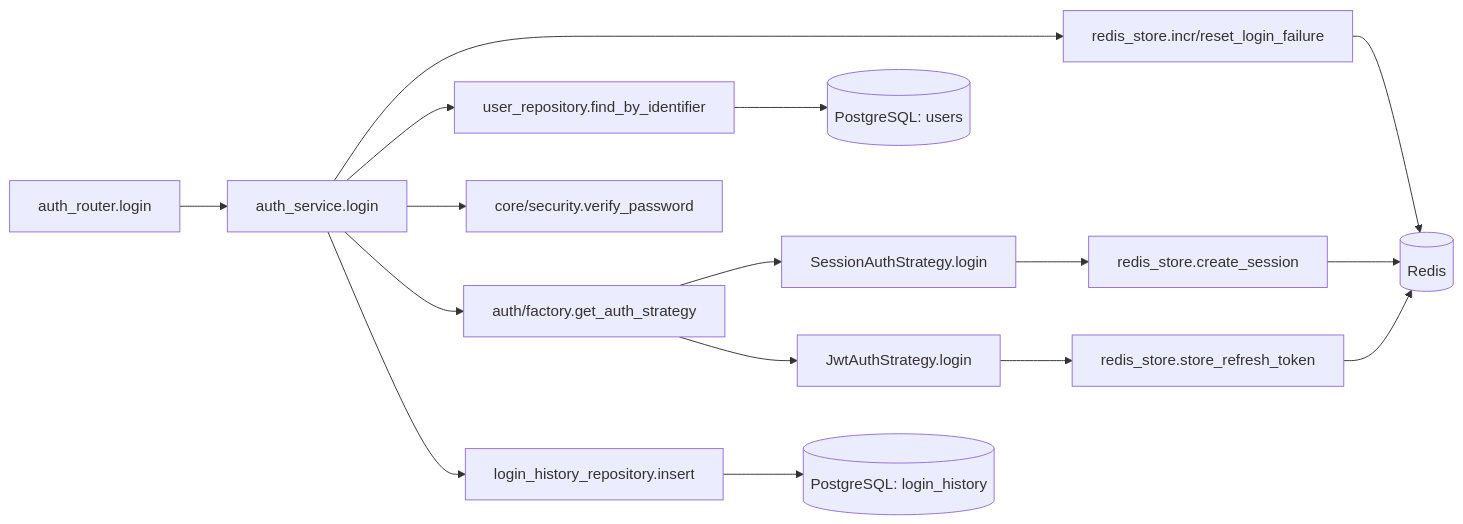
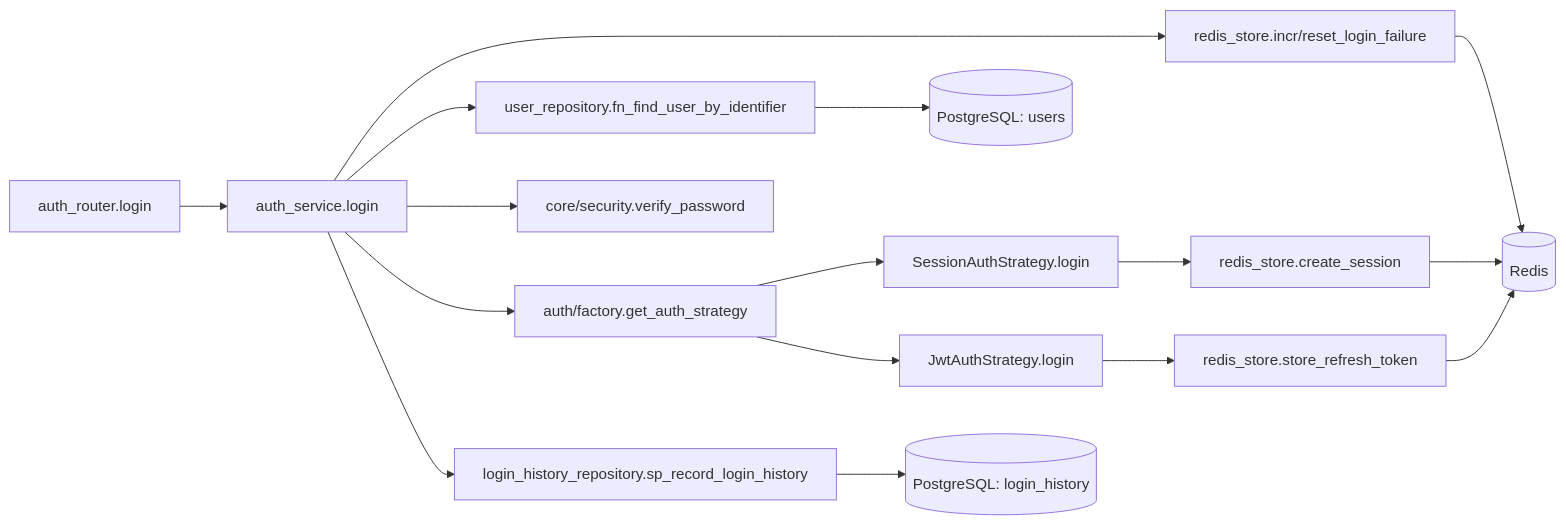
The third of 4 diagrams in detailed_design/api/auth/02_post_auth_login.md (oikawa-d/task_management), drawn with Mermaid before and after one commit. The commit also changed other lines of this file and 58 other files, not shown here.

````diff
--- a/detailed_design/api/auth/02_post_auth_login.md
+++ b/detailed_design/api/auth/02_post_auth_login.md
@@ -263,18 +263,18 @@
 ```mermaid
 flowchart LR
     R["auth_router.login"] --> S["auth_service.login"]
     S --> RS1["redis_store.incr/reset_login_failure"]
-    S --> URP["user_repository.find_by_identifier"]
+    S --> URP["user_repository.fn_find_user_by_identifier"]
     S --> SEC["core/security.verify_password"]
     S --> FACT["auth/factory.get_auth_strategy"]
     FACT --> SESS["SessionAuthStrategy.login"]
     FACT --> JWTS["JwtAuthStrategy.login"]
     SESS --> RS2["redis_store.create_session"]
     JWTS --> RS3["redis_store.store_refresh_token"]
-    S --> LRP["login_history_repository.insert"]
+    S --> LRP["login_history_repository.sp_record_login_history"]
     RS1 --> RD[("Redis")]
     RS2 --> RD
     RS3 --> RD
     URP --> PG[("PostgreSQL: users")]
     LRP --> PG2[("PostgreSQL: login_history")]
 ```
````
